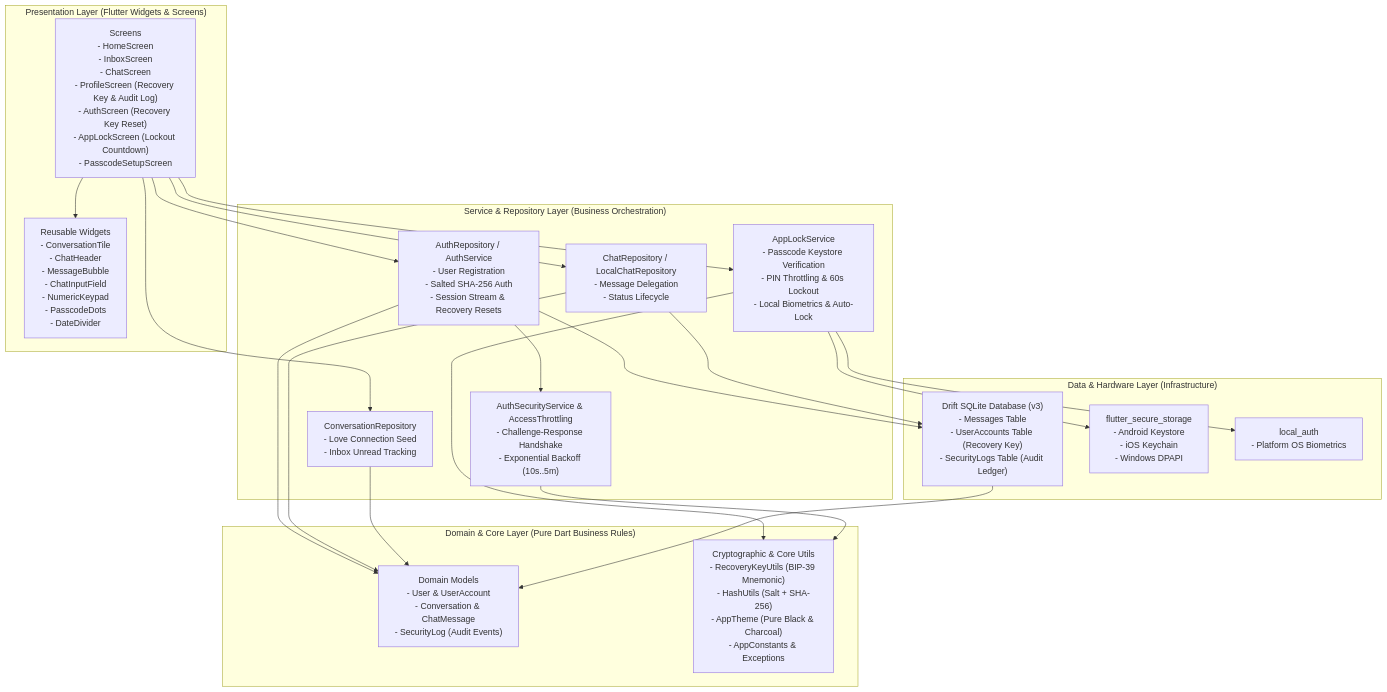
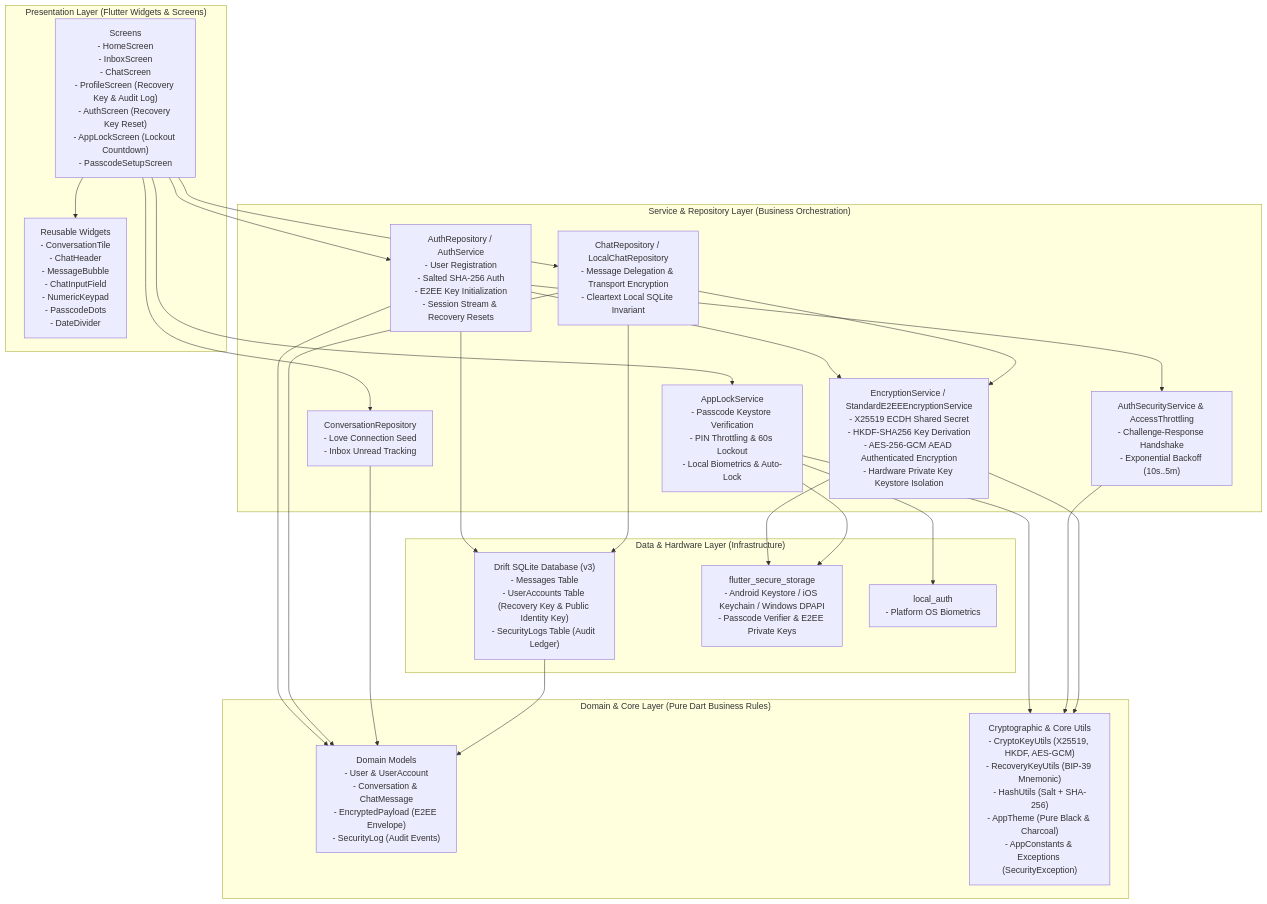
Before and after one commit to nazmulfahim3010/ourPlace: the fifth of 10 diagrams in diagram.md, drawn with Mermaid. The commit also changed other lines of this file and 1 other file, not shown here.

````diff
--- a/diagram.md
+++ b/diagram.md
@@ -252,45 +252,50 @@
 ```mermaid
 flowchart TD
     subgraph PresentationLayer["Presentation Layer (Flutter Widgets & Screens)"]
         Screens["Screens\n- HomeScreen\n- InboxScreen\n- ChatScreen\n- ProfileScreen (Recovery Key & Audit Log)\n- AuthScreen (Recovery Key Reset)\n- AppLockScreen (Lockout Countdown)\n- PasscodeSetupScreen"]
         Widgets["Reusable Widgets\n- ConversationTile\n- ChatHeader\n- MessageBubble\n- ChatInputField\n- NumericKeypad\n- PasscodeDots\n- DateDivider"]
     end
 
     subgraph ServiceRepositoryLayer["Service & Repository Layer (Business Orchestration)"]
-        AuthRepo["AuthRepository / AuthService\n- User Registration\n- Salted SHA-256 Auth\n- Session Stream & Recovery Resets"]
-        ChatRepo["ChatRepository / LocalChatRepository\n- Message Delegation\n- Status Lifecycle"]
+        AuthRepo["AuthRepository / AuthService\n- User Registration\n- Salted SHA-256 Auth\n- E2EE Key Initialization\n- Session Stream & Recovery Resets"]
+        ChatRepo["ChatRepository / LocalChatRepository\n- Message Delegation & Transport Encryption\n- Cleartext Local SQLite Invariant"]
         ConvRepo["ConversationRepository\n- Love Connection Seed\n- Inbox Unread Tracking"]
         AppLockServ["AppLockService\n- Passcode Keystore Verification\n- PIN Throttling & 60s Lockout\n- Local Biometrics & Auto-Lock"]
         SecurityServ["AuthSecurityService & AccessThrottling\n- Challenge-Response Handshake\n- Exponential Backoff (10s..5m)"]
+        EncryptionServ["EncryptionService / StandardE2EEEncryptionService\n- X25519 ECDH Shared Secret\n- HKDF-SHA256 Key Derivation\n- AES-256-GCM AEAD Authenticated Encryption\n- Hardware Private Key Keystore Isolation"]
     end
 
     subgraph DomainLayer["Domain & Core Layer (Pure Dart Business Rules)"]
-        Models["Domain Models\n- User & UserAccount\n- Conversation & ChatMessage\n- SecurityLog (Audit Events)"]
-        CryptoCore["Cryptographic & Core Utils\n- RecoveryKeyUtils (BIP-39 Mnemonic)\n- HashUtils (Salt + SHA-256)\n- AppTheme (Pure Black & Charcoal)\n- AppConstants & Exceptions"]
+        Models["Domain Models\n- User & UserAccount\n- Conversation & ChatMessage\n- EncryptedPayload (E2EE Envelope)\n- SecurityLog (Audit Events)"]
+        CryptoCore["Cryptographic & Core Utils\n- CryptoKeyUtils (X25519, HKDF, AES-GCM)\n- RecoveryKeyUtils (BIP-39 Mnemonic)\n- HashUtils (Salt + SHA-256)\n- AppTheme (Pure Black & Charcoal)\n- AppConstants & Exceptions (SecurityException)"]
     end
 
     subgraph DataStorageLayer["Data & Hardware Layer (Infrastructure)"]
-        DriftDB["Drift SQLite Database (v3)\n- Messages Table\n- UserAccounts Table (Recovery Key)\n- SecurityLogs Table (Audit Ledger)"]
-        SecStore["flutter_secure_storage\n- Android Keystore\n- iOS Keychain\n- Windows DPAPI"]
+        DriftDB["Drift SQLite Database (v3)\n- Messages Table\n- UserAccounts Table (Recovery Key & Public Identity Key)\n- SecurityLogs Table (Audit Ledger)"]
+        SecStore["flutter_secure_storage\n- Android Keystore / iOS Keychain / Windows DPAPI\n- Passcode Verifier & E2EE Private Keys"]
         LocalAuth["local_auth\n- Platform OS Biometrics"]
     end
 
     Screens --> Widgets
     Screens --> AuthRepo
     Screens --> ChatRepo
     Screens --> ConvRepo
     Screens --> AppLockServ
 
     AuthRepo --> SecurityServ
+    AuthRepo --> EncryptionServ
     AuthRepo --> Models
+    ChatRepo --> EncryptionServ
     ChatRepo --> Models
     ConvRepo --> Models
     AppLockServ --> CryptoCore
     SecurityServ --> CryptoCore
+    EncryptionServ --> CryptoCore
+    EncryptionServ --> SecStore
 
     AuthRepo --> DriftDB
     ChatRepo --> DriftDB
     AppLockServ --> SecStore
     AppLockServ --> LocalAuth
     DriftDB --> Models
 ```
````
